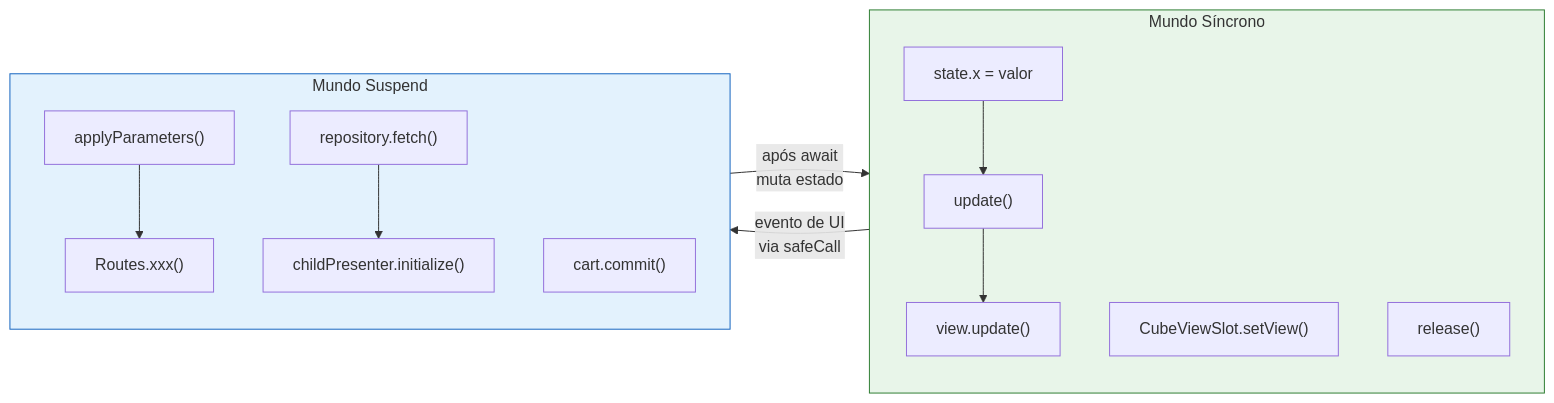
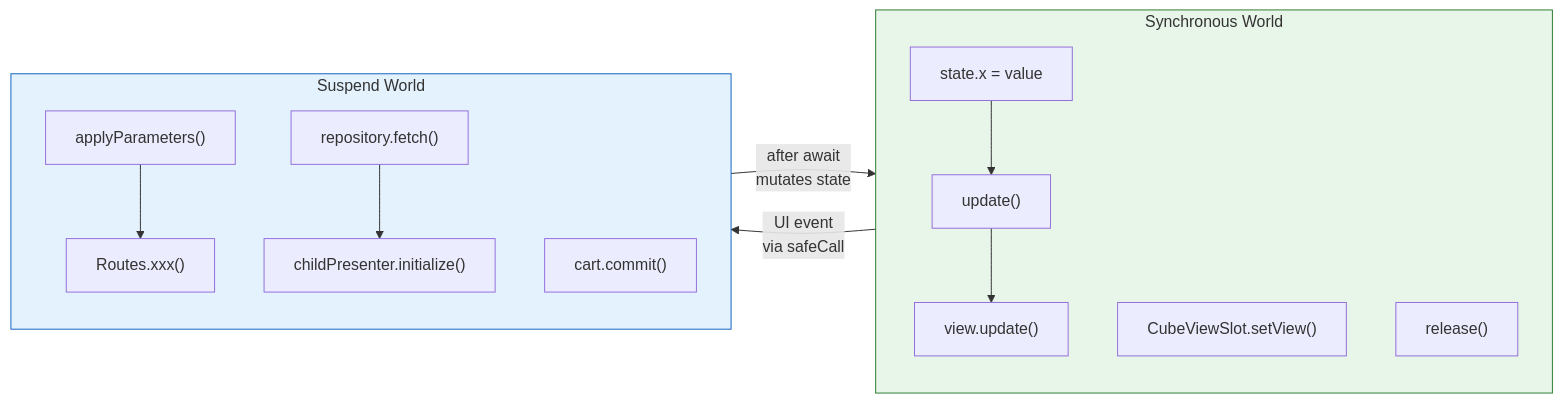
One commit to mrcdom/wdc-cube-kotlin changed diagram 11 of 19 in docs/architecture-cube.md. Above: the diagram before and after it, drawn with Mermaid. The commit also changed other lines of this file and 10 other files, not shown here.

First line of the commit message:
docs: architecture docs and top-level READMEs in US English

````diff
--- a/docs/architecture-cube.md
+++ b/docs/architecture-cube.md
@@ -571,29 +571,29 @@
 ```mermaid
 flowchart LR
-    subgraph SYNC["Mundo Síncrono"]
+    subgraph SYNC["Synchronous World"]
         direction TB
-        S1["state.x = valor"]
+        S1["state.x = value"]
         S2["update()"]
         S3["view.update()"]
         S4["CubeViewSlot.setView()"]
         S5["release()"]
         S1 --> S2 --> S3
     end
 
-    subgraph SUSPEND["Mundo Suspend"]
+    subgraph SUSPEND["Suspend World"]
         direction TB
         A1["applyParameters()"]
         A2["Routes.xxx()"]
         A3["repository.fetch()"]
         A4["childPresenter.initialize()"]
         A5["cart.commit()"]
         A1 --> A2
         A3 --> A4
     end
 
-    SUSPEND -->|"após await\nmuta estado"| SYNC
-    SYNC -->|"evento de UI\nvia safeCall"| SUSPEND
+    SUSPEND -->|"after await\nmutates state"| SYNC
+    SYNC -->|"UI event\nvia safeCall"| SUSPEND
 
     style SYNC fill:#e8f5e9,stroke:#2e7d32
     style SUSPEND fill:#e3f2fd,stroke:#1565c0
 ```
````
